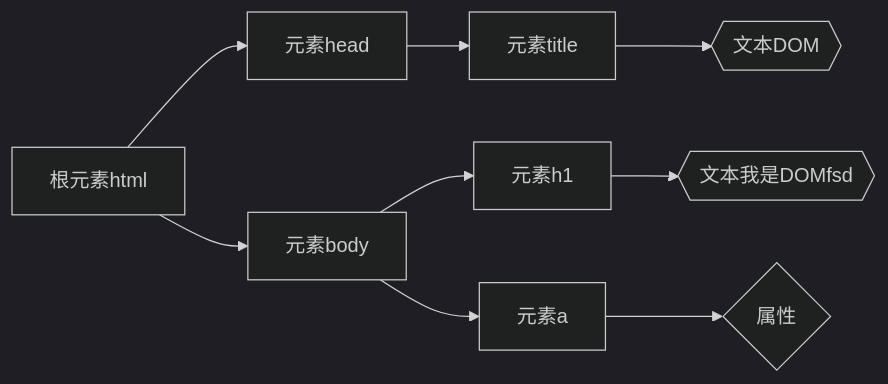
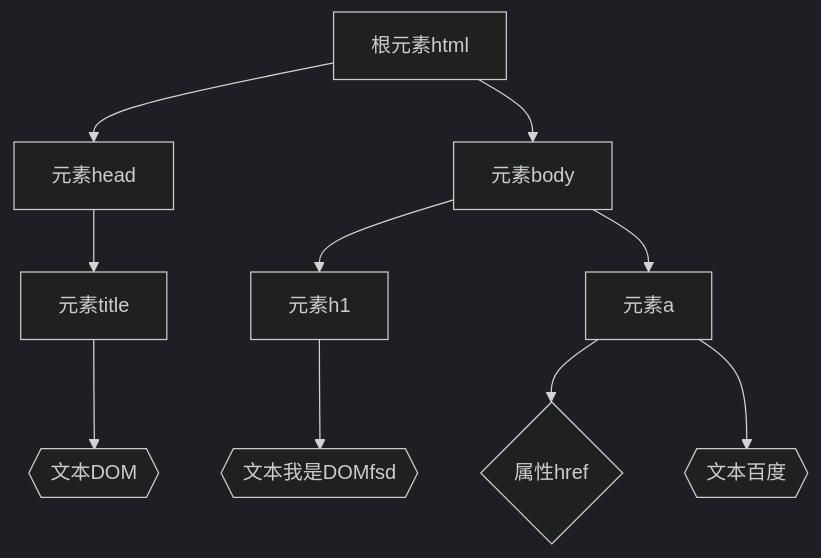
The diagram in 计算机/JavaWeb/前端/JavaScript.md (poppop9/obsidian), drawn with Mermaid (dark theme) before and after one commit.

Commit message:
vault backup: 2023-09-13 19:31:18

````diff
--- a/计算机/JavaWeb/前端/JavaScript.md
+++ b/计算机/JavaWeb/前端/JavaScript.md
@@ -304,6 +304,7 @@
 ```mermaid
-graph LR
+graph TB
 	a[根元素html]-->b[元素head]-->d[元素title]-->e{{文本DOM}}
 	a-->c[元素body]-->f[元素h1]-->h{{文本我是DOMfsd}}
-	c-->g[元素a]-->i{属性}
+	c-->g[元素a]-->i{属性href}
+	g-->j{{文本百度}}
 ```
````
